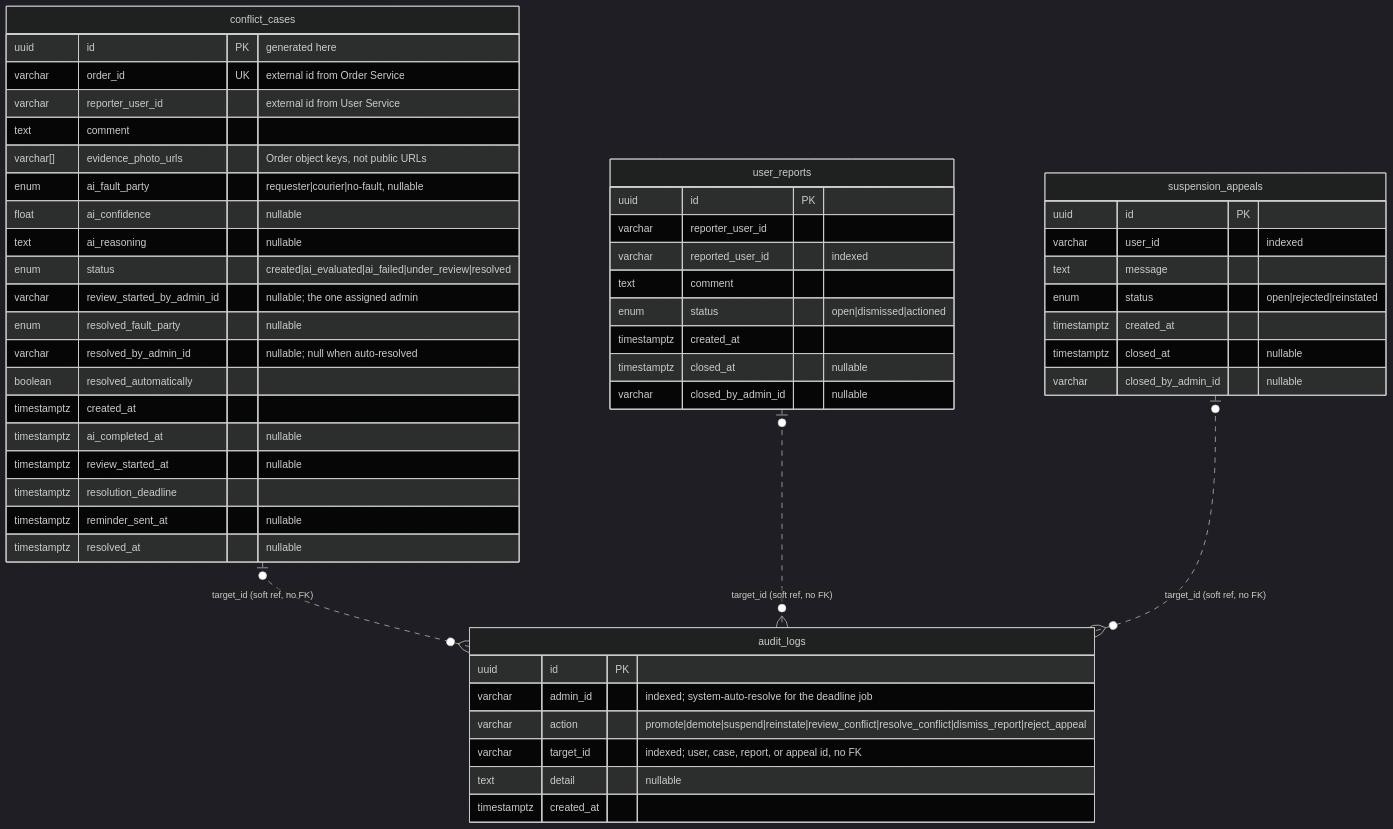
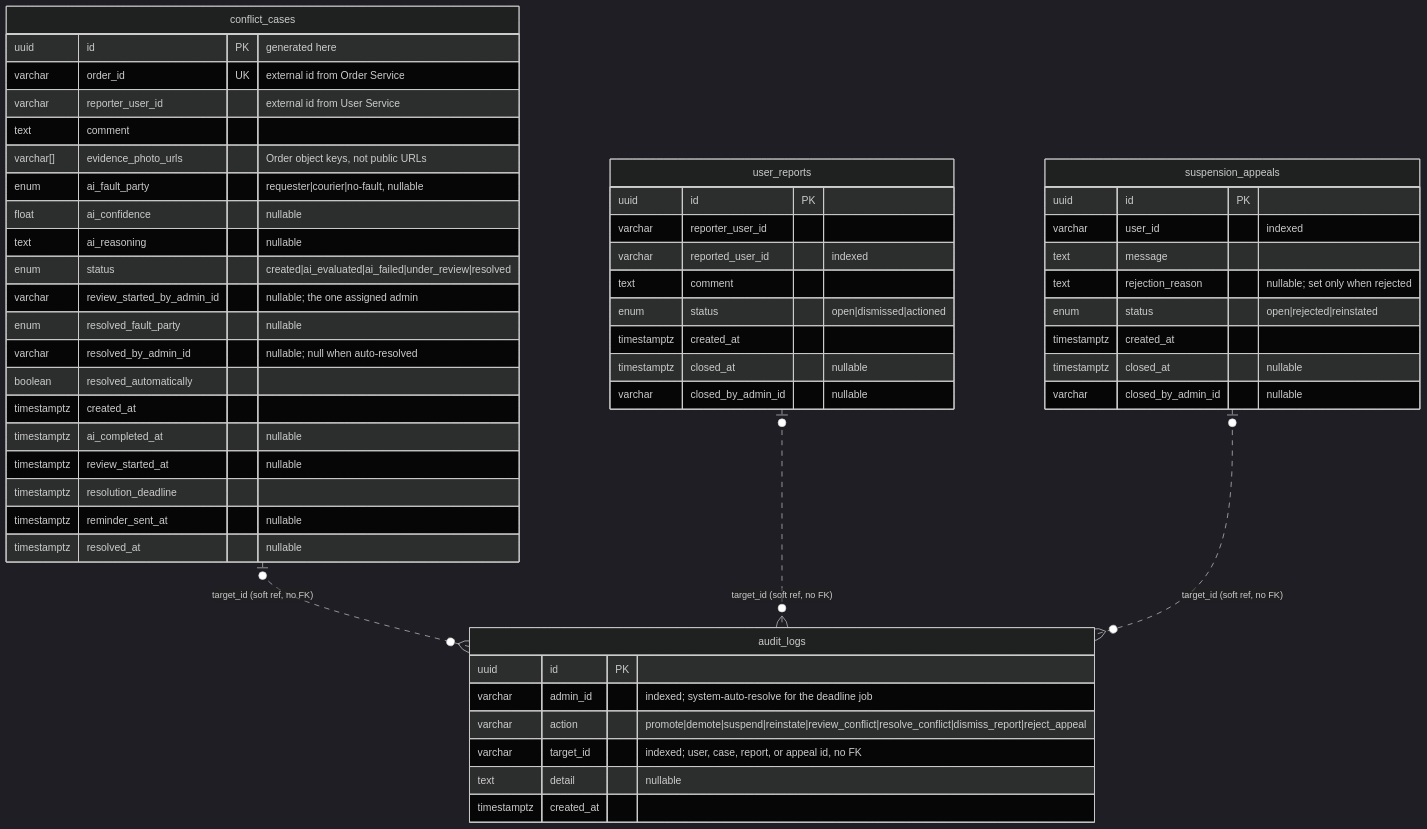
The diagram in admin-service/docs/schema.md (CS3219-AY2627S1/FoC-Template), drawn with Mermaid (dark theme) before and after one commit. The commit also changed other lines of this file and 1 other file, not shown here.

````diff
--- a/admin-service/docs/schema.md
+++ b/admin-service/docs/schema.md
@@ -54,58 +54,59 @@
 ```mermaid
 erDiagram
     conflict_cases |o..o{ audit_logs : "target_id (soft ref, no FK)"
     user_reports |o..o{ audit_logs : "target_id (soft ref, no FK)"
     suspension_appeals |o..o{ audit_logs : "target_id (soft ref, no FK)"
 
     conflict_cases {
         uuid        id                          PK "generated here"
         varchar     order_id                    UK "external id from Order Service"
         varchar     reporter_user_id               "external id from User Service"
         text        comment
         varchar[]   evidence_photo_urls            "Order object keys, not public URLs"
         enum        ai_fault_party                 "requester|courier|no-fault, nullable"
         float       ai_confidence                  "nullable"
         text        ai_reasoning                   "nullable"
         enum        status                         "created|ai_evaluated|ai_failed|under_review|resolved"
         varchar     review_started_by_admin_id     "nullable; the one assigned admin"
         enum        resolved_fault_party           "nullable"
         varchar     resolved_by_admin_id           "nullable; null when auto-resolved"
         boolean     resolved_automatically
         timestamptz created_at
         timestamptz ai_completed_at                "nullable"
         timestamptz review_started_at              "nullable"
         timestamptz resolution_deadline
         timestamptz reminder_sent_at               "nullable"
         timestamptz resolved_at                    "nullable"
     }
 
     audit_logs {
         uuid        id            PK
         varchar     admin_id         "indexed; system-auto-resolve for the deadline job"
         varchar     action           "promote|demote|suspend|reinstate|review_conflict|resolve_conflict|dismiss_report|reject_appeal"
         varchar     target_id        "indexed; user, case, report, or appeal id, no FK"
         text        detail           "nullable"
         timestamptz created_at
     }
 
     user_reports {
         uuid        id                   PK
         varchar     reporter_user_id
         varchar     reported_user_id        "indexed"
         text        comment
         enum        status                  "open|dismissed|actioned"
         timestamptz created_at
         timestamptz closed_at               "nullable"
         varchar     closed_by_admin_id      "nullable"
     }
 
     suspension_appeals {
         uuid        id                   PK
         varchar     user_id                 "indexed"
         text        message
+        text        rejection_reason        "nullable; set only when rejected"
         enum        status                  "open|rejected|reinstated"
         timestamptz created_at
         timestamptz closed_at               "nullable"
         varchar     closed_by_admin_id      "nullable"
     }
 ```
````
